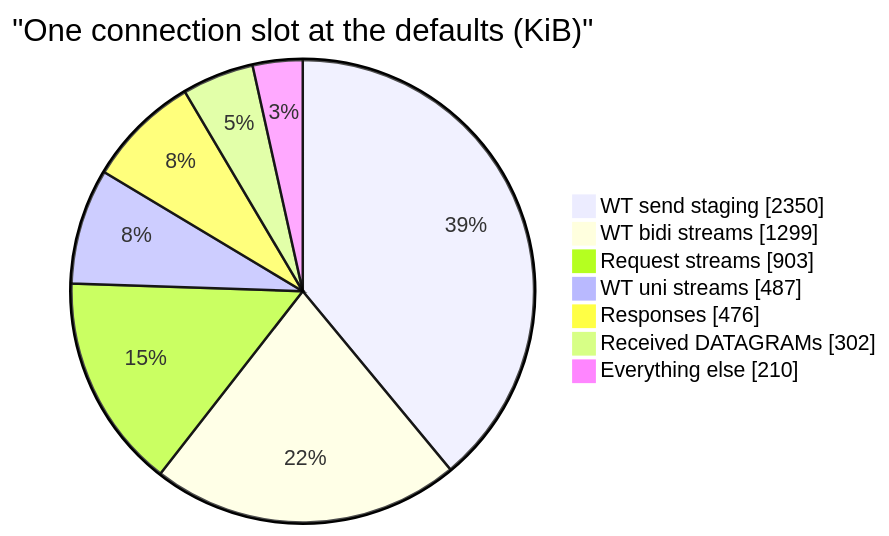
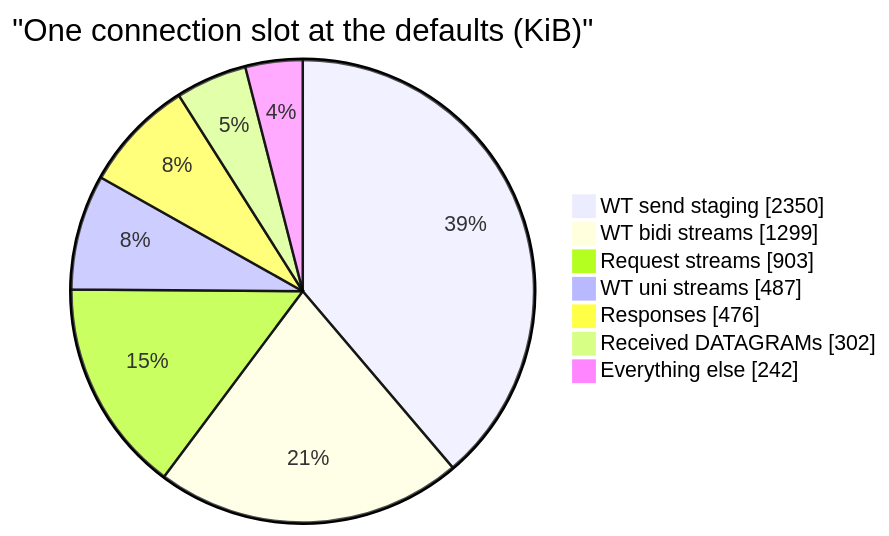
Before and after one commit to Hakkadaikon/wired: the second of 9 diagrams in docs/arch/memory.md, drawn with Mermaid. The commit also changed other lines of this file and 7 other files, not shown here.

````diff
--- a/docs/arch/memory.md
+++ b/docs/arch/memory.md
@@ -73,11 +73,11 @@
 ```mermaid
 pie showData
     title "One connection slot at the defaults (KiB)"
     "WT send staging" : 2350
     "WT bidi streams" : 1299
     "Request streams" : 903
     "WT uni streams" : 487
     "Responses" : 476
     "Received DATAGRAMs" : 302
-    "Everything else" : 210
+    "Everything else" : 242
 ```
````
